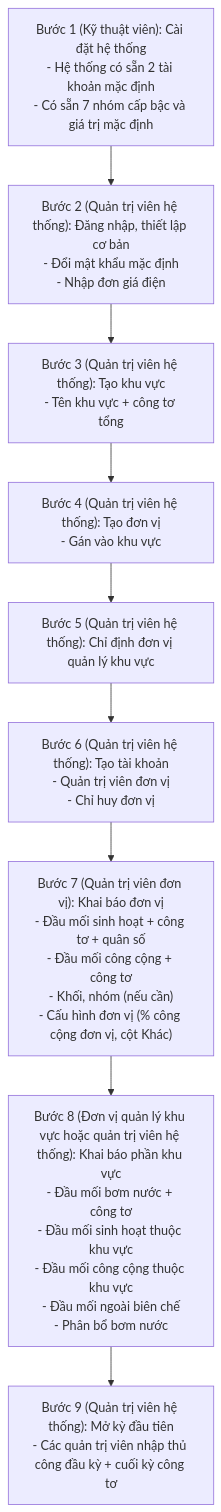
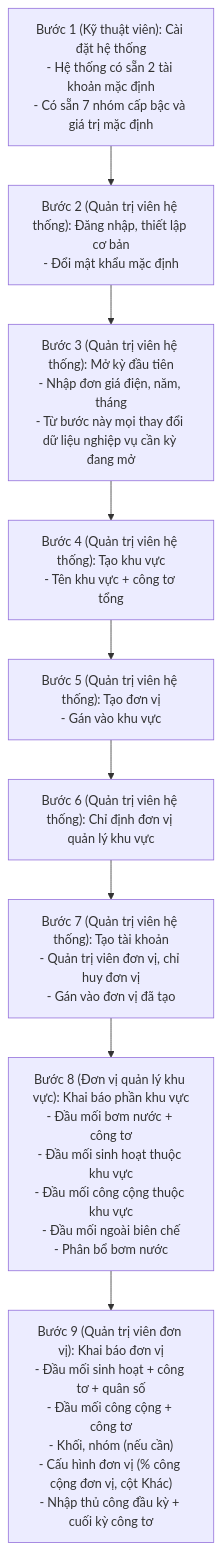
Before and after one commit to manhcuongdtbk/electric-water-management: the fifth of 6 diagrams in docs/V2_XAC_NHAN_NGHIEP_VU.md, drawn with Mermaid. The commit also changed 6 other files, not shown here.

````diff
--- a/docs/V2_XAC_NHAN_NGHIEP_VU.md
+++ b/docs/V2_XAC_NHAN_NGHIEP_VU.md
@@ -492,14 +492,14 @@
 ```mermaid
 flowchart TD
     S1["Bước 1 (Kỹ thuật viên): Cài đặt hệ thống\n- Hệ thống có sẵn 2 tài khoản mặc định\n- Có sẵn 7 nhóm cấp bậc và giá trị mặc định"]
-    S2["Bước 2 (Quản trị viên hệ thống): Đăng nhập, thiết lập cơ bản\n- Đổi mật khẩu mặc định\n- Nhập đơn giá điện"]
-    S3["Bước 3 (Quản trị viên hệ thống): Tạo khu vực\n- Tên khu vực + công tơ tổng"]
-    S4["Bước 4 (Quản trị viên hệ thống): Tạo đơn vị\n- Gán vào khu vực"]
-    S5["Bước 5 (Quản trị viên hệ thống): Chỉ định đơn vị quản lý khu vực"]
-    S6["Bước 6 (Quản trị viên hệ thống): Tạo tài khoản\n- Quản trị viên đơn vị\n- Chỉ huy đơn vị"]
-    S7["Bước 7 (Quản trị viên đơn vị): Khai báo đơn vị\n- Đầu mối sinh hoạt + công tơ + quân số\n- Đầu mối công cộng + công tơ\n- Khối, nhóm (nếu cần)\n- Cấu hình đơn vị (% công cộng đơn vị, cột Khác)"]
-    S8["Bước 8 (Đơn vị quản lý khu vực hoặc quản trị viên hệ thống): Khai báo phần khu vực\n- Đầu mối bơm nước + công tơ\n- Đầu mối sinh hoạt thuộc khu vực\n- Đầu mối công cộng thuộc khu vực\n- Đầu mối ngoài biên chế\n- Phân bổ bơm nước"]
-    S9["Bước 9 (Quản trị viên hệ thống): Mở kỳ đầu tiên\n- Các quản trị viên nhập thủ công đầu kỳ + cuối kỳ công tơ"]
+    S2["Bước 2 (Quản trị viên hệ thống): Đăng nhập, thiết lập cơ bản\n- Đổi mật khẩu mặc định"]
+    S3["Bước 3 (Quản trị viên hệ thống): Mở kỳ đầu tiên\n- Nhập đơn giá điện, năm, tháng\n- Từ bước này mọi thay đổi dữ liệu nghiệp vụ cần kỳ đang mở"]
+    S4["Bước 4 (Quản trị viên hệ thống): Tạo khu vực\n- Tên khu vực + công tơ tổng"]
+    S5["Bước 5 (Quản trị viên hệ thống): Tạo đơn vị\n- Gán vào khu vực"]
+    S6["Bước 6 (Quản trị viên hệ thống): Chỉ định đơn vị quản lý khu vực"]
+    S7["Bước 7 (Quản trị viên hệ thống): Tạo tài khoản\n- Quản trị viên đơn vị, chỉ huy đơn vị\n- Gán vào đơn vị đã tạo"]
+    S8["Bước 8 (Đơn vị quản lý khu vực): Khai báo phần khu vực\n- Đầu mối bơm nước + công tơ\n- Đầu mối sinh hoạt thuộc khu vực\n- Đầu mối công cộng thuộc khu vực\n- Đầu mối ngoài biên chế\n- Phân bổ bơm nước"]
+    S9["Bước 9 (Quản trị viên đơn vị): Khai báo đơn vị\n- Đầu mối sinh hoạt + công tơ + quân số\n- Đầu mối công cộng + công tơ\n- Khối, nhóm (nếu cần)\n- Cấu hình đơn vị (% công cộng đơn vị, cột Khác)\n- Nhập thủ công đầu kỳ + cuối kỳ công tơ"]
 
     S1 --> S2 --> S3 --> S4 --> S5 --> S6 --> S7 --> S8 --> S9
 ```
````
